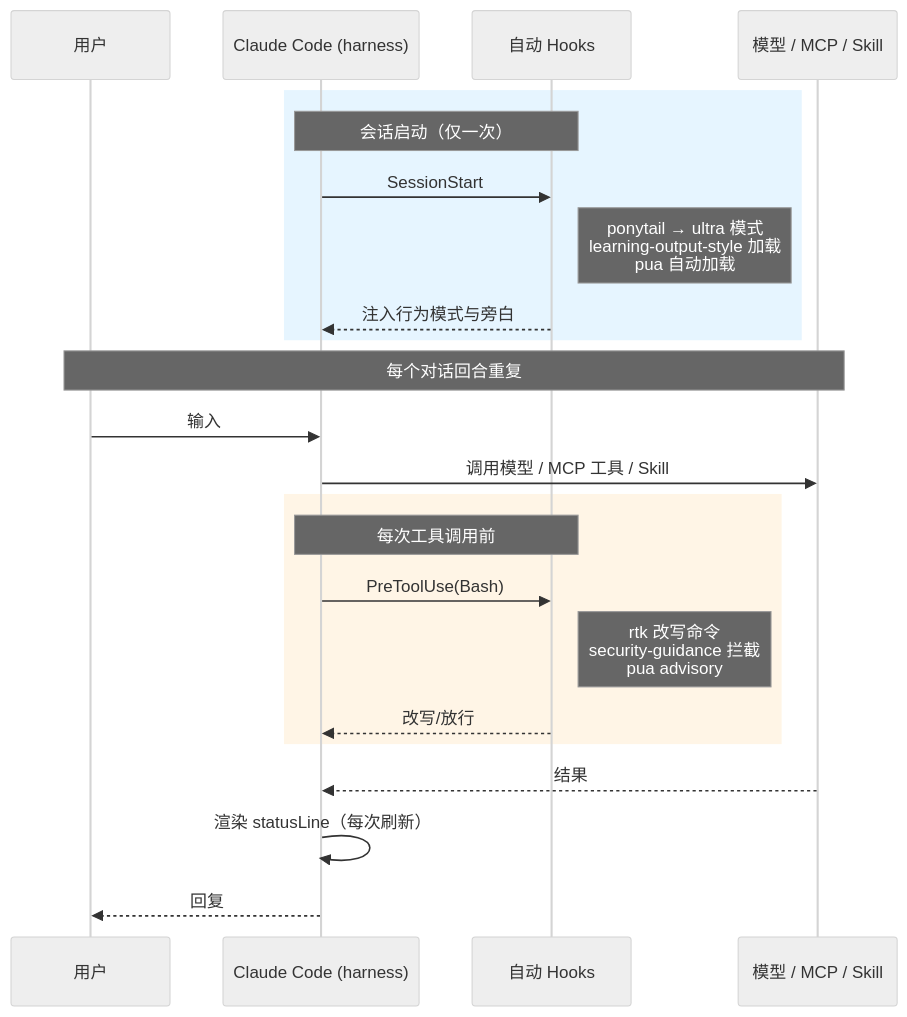
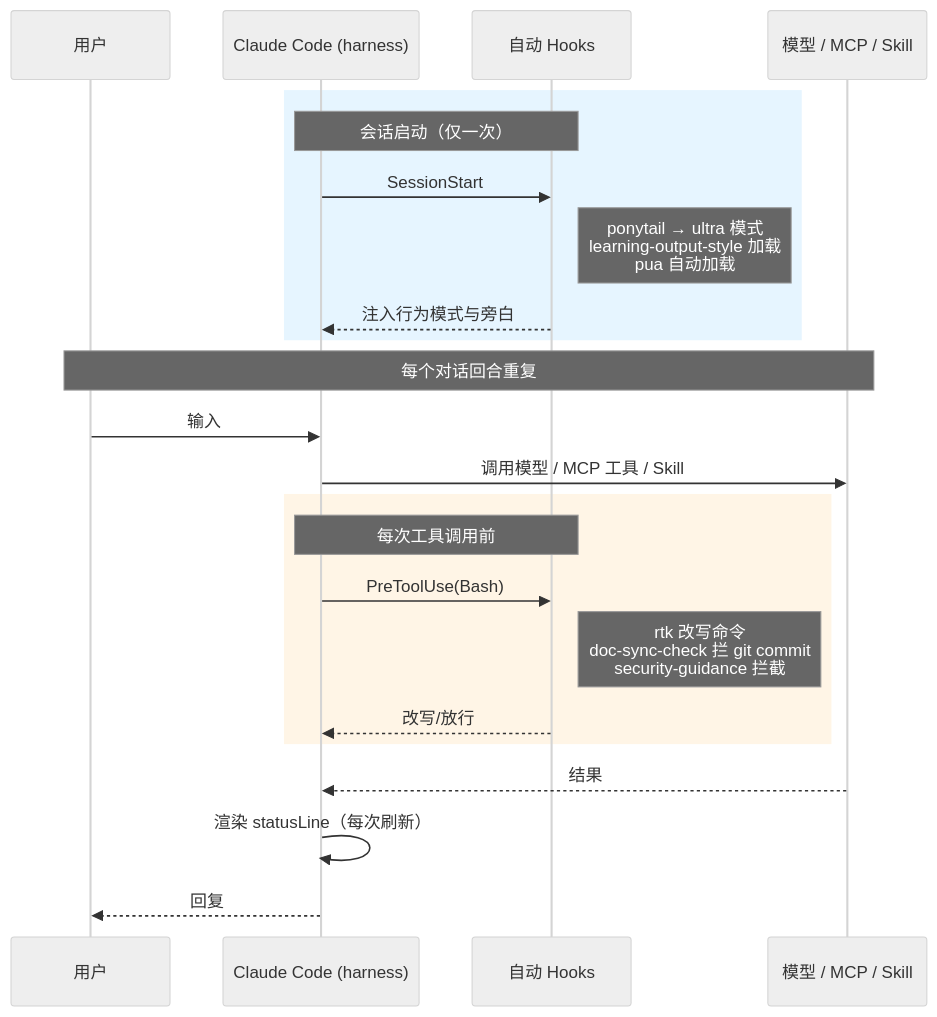
The diagram in 01-编程笔记/04-专项研究/Ai/Claude Code/已安装扩展.md (luguosong/obsidian-note), drawn with Mermaid (neutral theme) before and after one commit. The commit also changed other lines of this file and 23 other files, not shown here.

````diff
--- a/01-编程笔记/04-专项研究/Ai/Claude Code/已安装扩展.md
+++ b/01-编程笔记/04-专项研究/Ai/Claude Code/已安装扩展.md
@@ -41,29 +40,29 @@
 ```mermaid
 sequenceDiagram
     participant U as 用户
     participant CC as Claude Code (harness)
     participant H as 自动 Hooks
     participant X as 模型 / MCP / Skill
 
     rect rgb(230, 245, 255)
     Note over CC,H: 会话启动（仅一次）
     CC->>H: SessionStart
     Note right of H: ponytail → ultra 模式<br/>learning-output-style 加载<br/>pua 自动加载
     H-->>CC: 注入行为模式与旁白
     end
 
     Note over U,X: 每个对话回合重复
     U->>CC: 输入
     CC->>X: 调用模型 / MCP 工具 / Skill
 
     rect rgb(255, 245, 230)
     Note over CC,H: 每次工具调用前
     CC->>H: PreToolUse(Bash)
-    Note right of H: rtk 改写命令<br/>security-guidance 拦截<br/>pua advisory
+    Note right of H: rtk 改写命令<br/>doc-sync-check 拦 git commit<br/>security-guidance 拦截
     H-->>CC: 改写/放行
     end
 
     X-->>CC: 结果
     CC->>CC: 渲染 statusLine（每次刷新）
     CC-->>U: 回复
 ```
````
